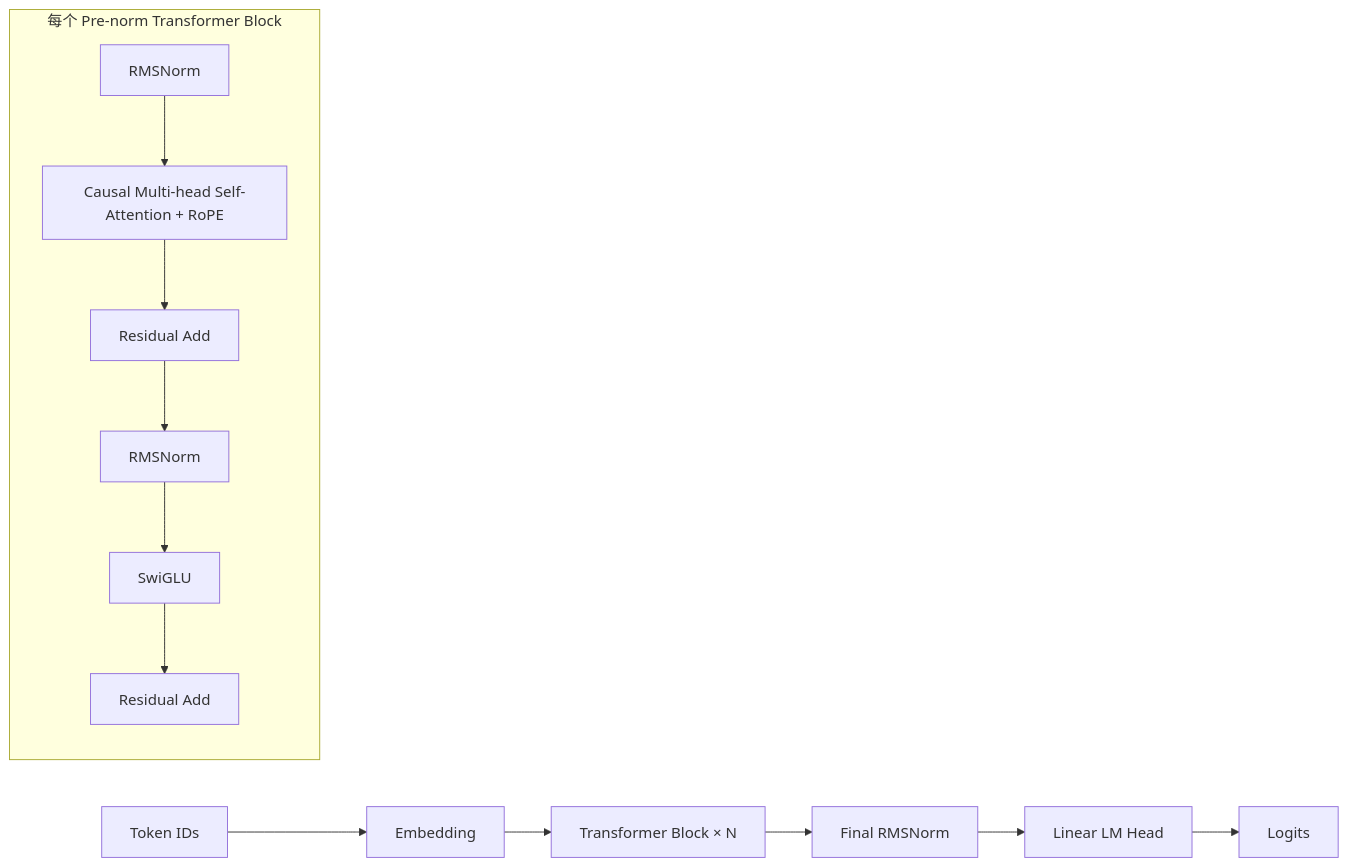
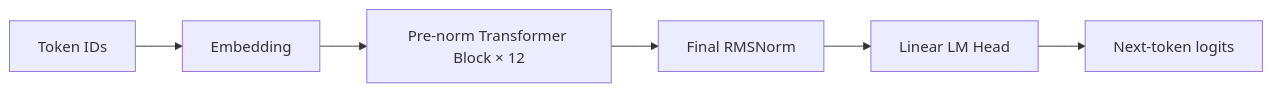
The diagram in README.md (yicheng123123/cs336-a1-from-scratch), drawn with Mermaid before and after one commit. The commit also changed other lines of this file and 14 other files, not shown here.

````diff
--- a/README.md
+++ b/README.md
@@ -32,15 +28,8 @@
 ```mermaid
 flowchart LR
-    A[Token IDs] --> B[Embedding]
-    B --> C[Transformer Block × N]
-    subgraph Block[每个 Pre-norm Transformer Block]
-        D[RMSNorm] --> E[Causal Multi-head Self-Attention + RoPE]
-        E --> F[Residual Add]
-        F --> G[RMSNorm]
-        G --> H[SwiGLU]
-        H --> I[Residual Add]
-    end
-    C --> J[Final RMSNorm]
-    J --> K[Linear LM Head]
-    K --> L[Logits]
+    A["Token IDs"] --> B["Embedding"]
+    B --> C["Pre-norm Transformer Block × 12"]
+    C --> D["Final RMSNorm"]
+    D --> E["Linear LM Head"]
+    E --> F["Next-token logits"]
 ```
````
